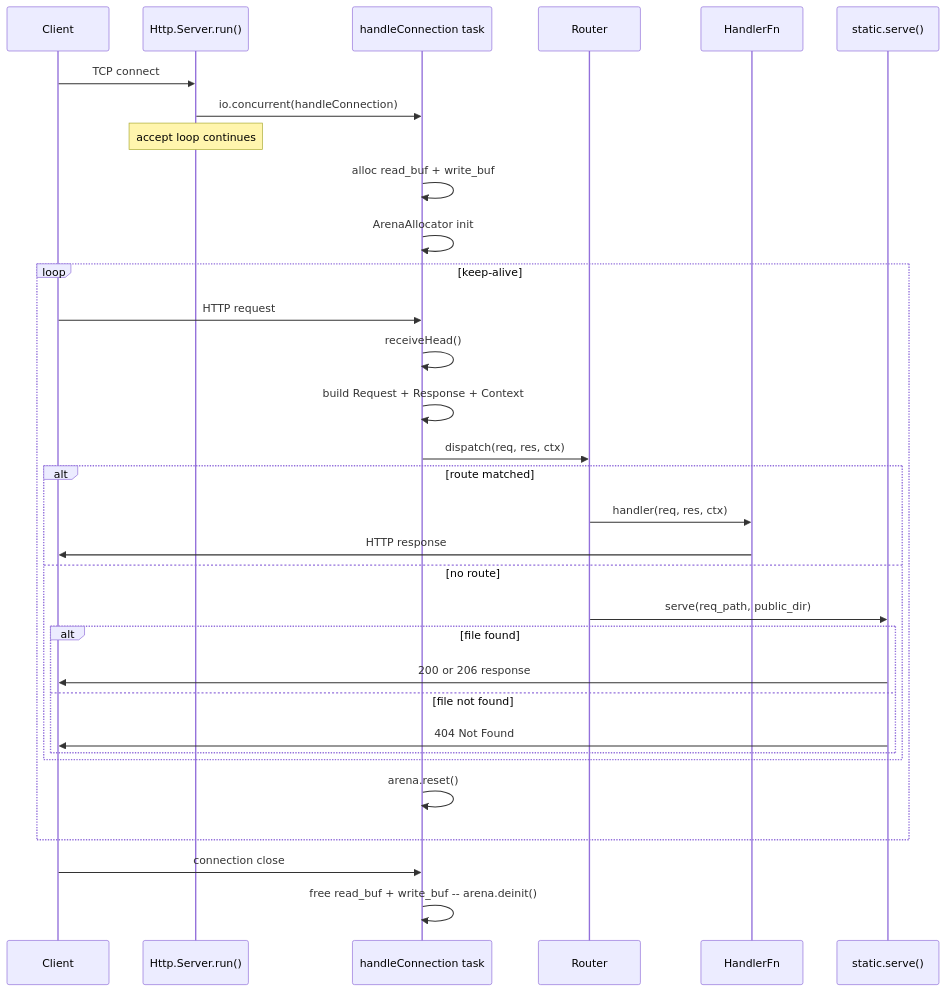
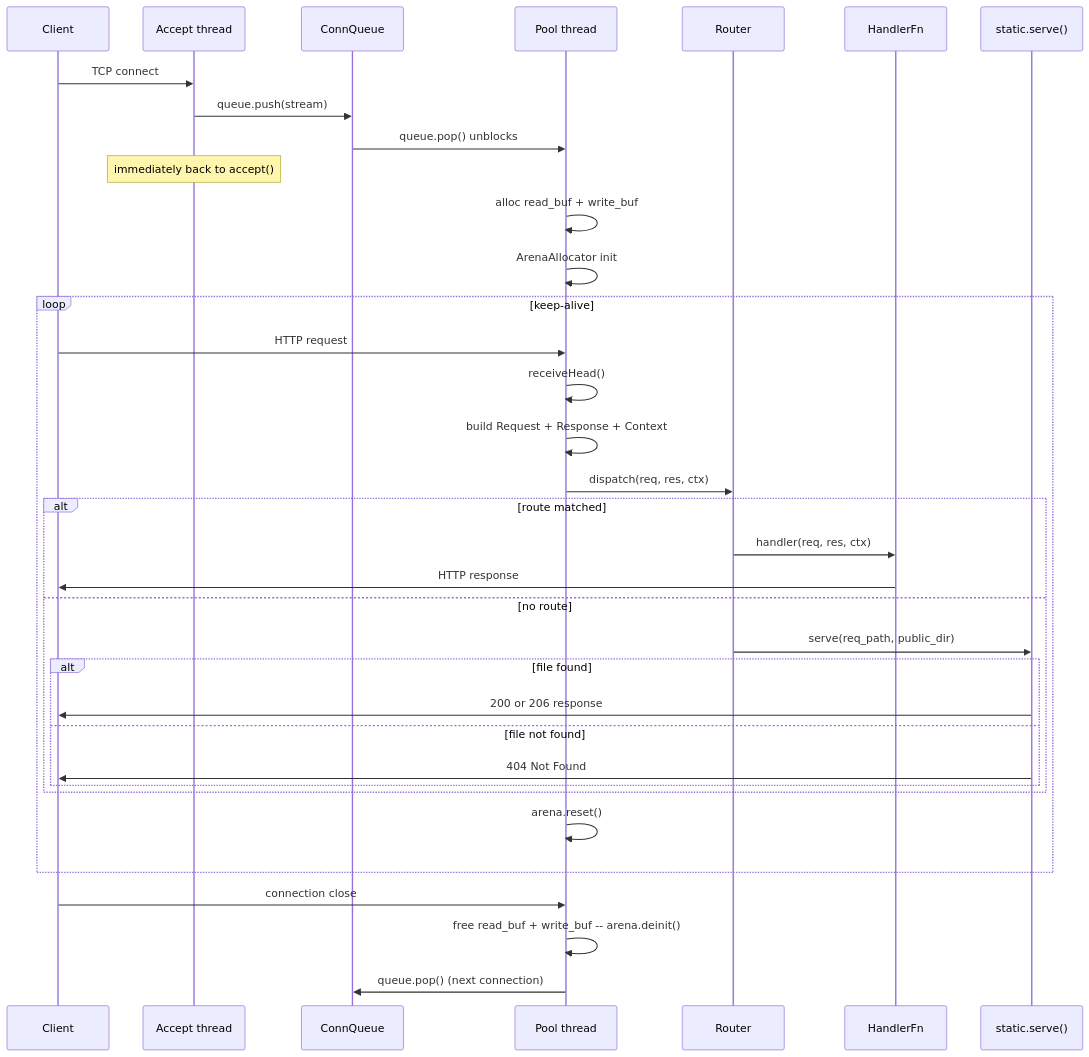
Before and after one commit to prothegee/zix: the fifth of 10 diagrams in docs/hld-http.md, drawn with Mermaid. The commit also changed other lines of this file and 20 other files, not shown here.

````diff
--- a/docs/hld-http.md
+++ b/docs/hld-http.md
@@ -176,40 +210,43 @@
 ```mermaid
 sequenceDiagram
     participant Client
-    participant Server as Http.Server.run()
-    participant Task as handleConnection task
+    participant Accept as Accept thread
+    participant Queue as ConnQueue
+    participant Pool as Pool thread
     participant Router
     participant Handler as HandlerFn
     participant Static as static.serve()
 
-    Client->>Server: TCP connect
-    Server->>Task: io.concurrent(handleConnection)
-    Note over Server: accept loop continues
+    Client->>Accept: TCP connect
+    Accept->>Queue: queue.push(stream)
+    Queue->>Pool: queue.pop() unblocks
+    Note over Accept: immediately back to accept()
 
-    Task->>Task: alloc read_buf + write_buf
-    Task->>Task: ArenaAllocator init
+    Pool->>Pool: alloc read_buf + write_buf
+    Pool->>Pool: ArenaAllocator init
 
     loop keep-alive
-        Client->>Task: HTTP request
-        Task->>Task: receiveHead()
-        Task->>Task: build Request + Response + Context
-        Task->>Router: dispatch(req, res, ctx)
+        Client->>Pool: HTTP request
+        Pool->>Pool: receiveHead()
+        Pool->>Pool: build Request + Response + Context
+        Pool->>Router: dispatch(req, res, ctx)
 
         alt route matched
             Router->>Handler: handler(req, res, ctx)
             Handler->>Client: HTTP response
         else no route
             Router->>Static: serve(req_path, public_dir)
             alt file found
                 Static->>Client: 200 or 206 response
             else file not found
                 Static->>Client: 404 Not Found
             end
         end
 
-        Task->>Task: arena.reset()
+        Pool->>Pool: arena.reset()
     end
 
-    Client->>Task: connection close
-    Task->>Task: free read_buf + write_buf -- arena.deinit()
+    Client->>Pool: connection close
+    Pool->>Pool: free read_buf + write_buf -- arena.deinit()
+    Pool->>Queue: queue.pop() (next connection)
 ```
````
